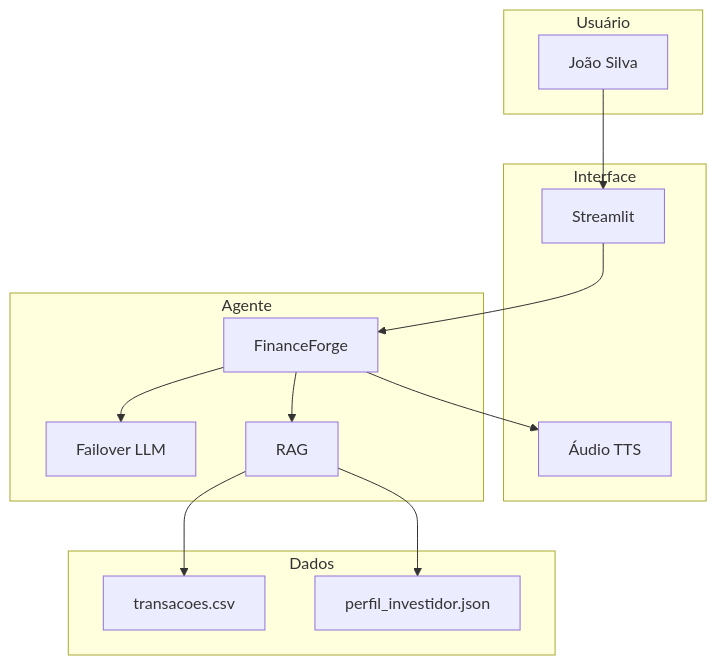
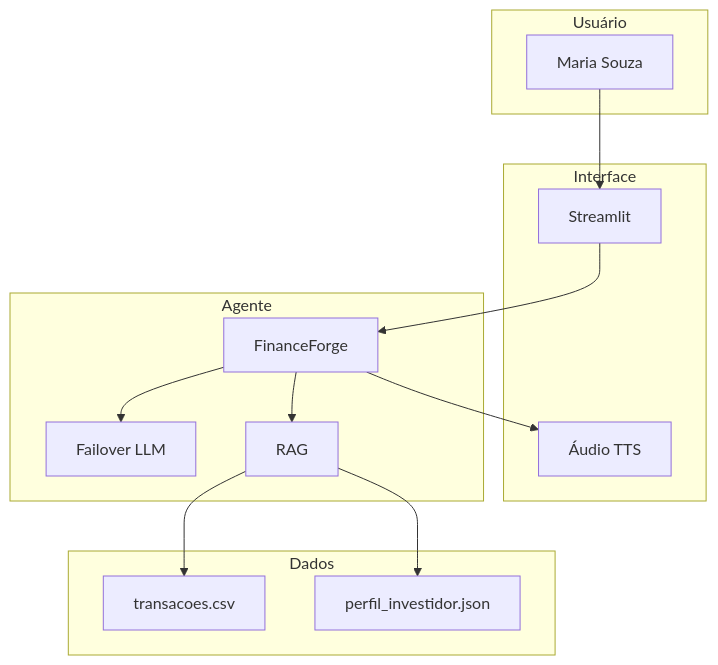
The diagram in docs/01-documentacao-agente.md (vdfs89/InvestimentoDIO), drawn with Mermaid before and after one commit. The commit also changed other lines of this file and 2 other files, not shown here.

Commit message:
docs: adaptação para Bradesco DIO, persona Maria Souza e contexto atualizado

````diff
--- a/docs/01-documentacao-agente.md
+++ b/docs/01-documentacao-agente.md
@@ -12,26 +12,26 @@
 ```mermaid
 graph TD
     subgraph Usuário
-        U1[João Silva]
+        U1[Maria Souza]
     end
     subgraph Interface
         S1[Streamlit]
         A1[Áudio TTS]
     end
     subgraph Agente
         AG1[FinanceForge]
         F1[Failover LLM]
         R1[RAG]
     end
     subgraph Dados
         D1[transacoes.csv]
         D2[perfil_investidor.json]
     end
     U1 --> S1
     S1 --> AG1
     AG1 --> F1
     AG1 --> R1
     R1 --> D1
     R1 --> D2
     AG1 --> A1
 ```
````
